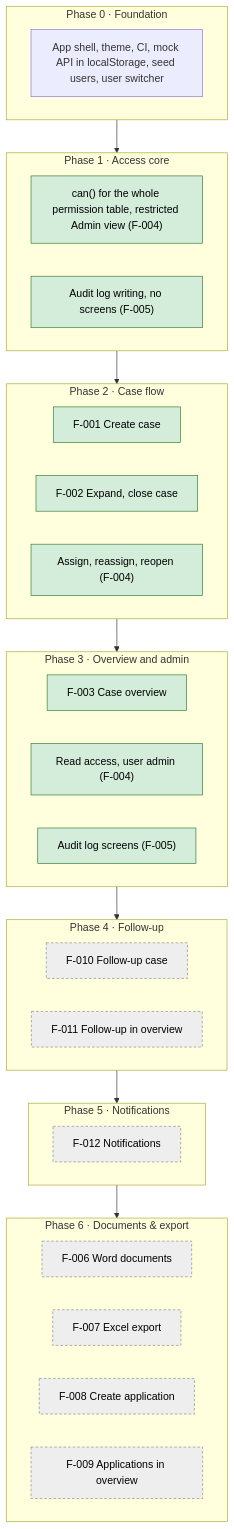
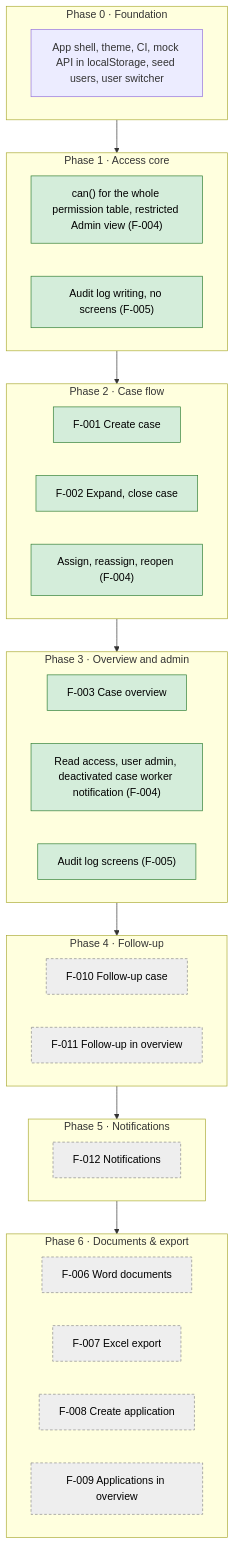
Before and after one commit to TLS97/tines-case-management-system: the first of 2 diagrams in docs/roadmap.md, drawn with Mermaid. The commit also changed 3 other files, not shown here.

First line of the commit message:
docs: move deactivated case worker notification to F-004, add format check to CI

````diff
--- a/docs/roadmap.md
+++ b/docs/roadmap.md
@@ -10,39 +10,39 @@
 ```mermaid
 flowchart TD
   subgraph P0["Phase 0 · Foundation"]
     F0[App shell, theme, CI, mock API in localStorage, seed users, user switcher]
   end
   subgraph P1["Phase 1 · Access core"]
     P1a["can() for the whole permission table, restricted Admin view (F-004)"]
     P1b["Audit log writing, no screens (F-005)"]
   end
   subgraph P2["Phase 2 · Case flow"]
     F001[F-001 Create case]
     F002["F-002 Expand, close case"]
     P2a["Assign, reassign, reopen (F-004)"]
   end
   subgraph P3["Phase 3 · Overview and admin"]
     F003[F-003 Case overview]
-    P3a["Read access, user admin (F-004)"]
+    P3a["Read access, user admin, deactivated case worker notification (F-004)"]
     P3b["Audit log screens (F-005)"]
   end
   subgraph P4["Phase 4 · Follow-up"]
     F010[F-010 Follow-up case]
     F011[F-011 Follow-up in overview]
   end
   subgraph P5["Phase 5 · Notifications"]
     F012[F-012 Notifications]
   end
   subgraph P6["Phase 6 · Documents & export"]
     F006[F-006 Word documents]
     F007[F-007 Excel export]
     F008[F-008 Create application]
     F009[F-009 Applications in overview]
   end
   P0 --> P1 --> P2 --> P3 --> P4 --> P5 --> P6
 
   classDef approved fill:#d4edda,stroke:#2e7d32,color:#000
   classDef draft fill:#eeeeee,stroke:#888,stroke-dasharray:4 3,color:#000
   class P1a,P1b,F001,F002,P2a,F003,P3a,P3b approved
   class F006,F007,F008,F009,F010,F011,F012 draft
 ```
````
